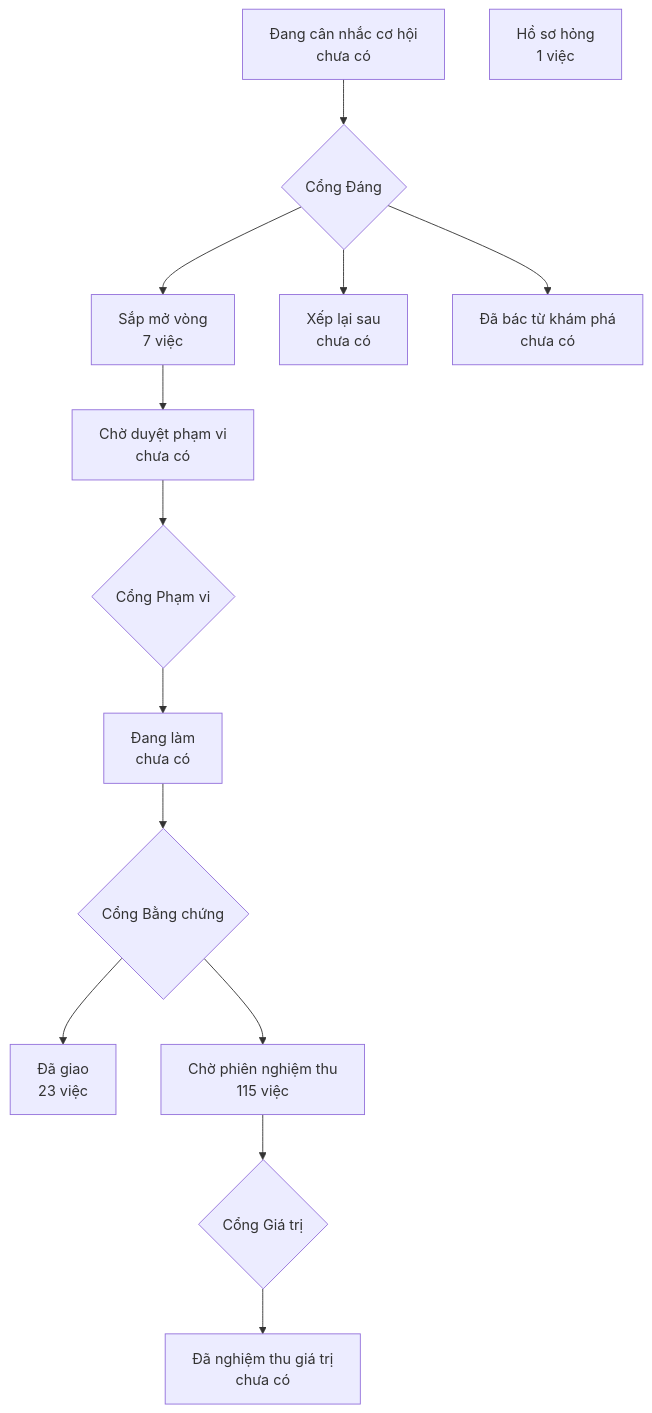
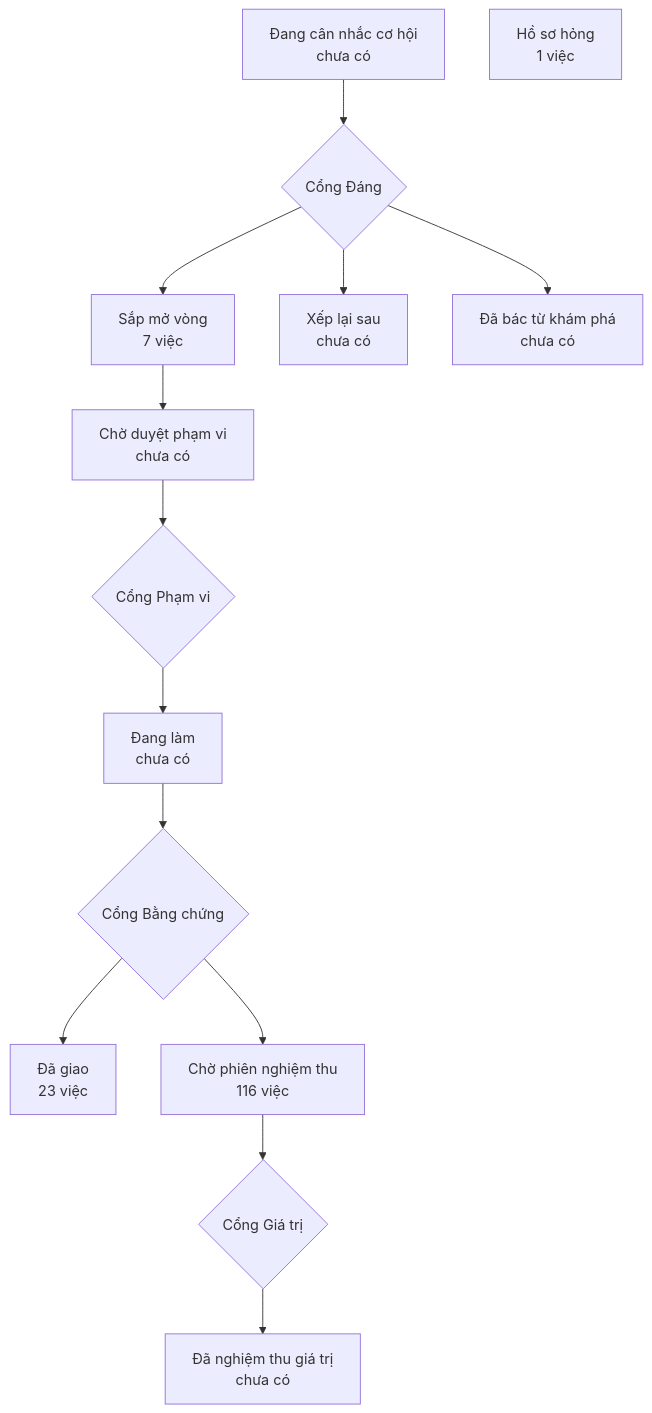
The diagram in PRODUCT-MAP.md (phanlemanh/onehub-quy-hang), drawn with Mermaid before and after one commit. The commit also changed other lines of this file and 1 other file, not shown here.

Commit message:
chore: vẽ lại bản đồ và lộ trình sau gộp main

````diff
--- a/PRODUCT-MAP.md
+++ b/PRODUCT-MAP.md
@@ -7,13 +7,13 @@
 ```mermaid
 flowchart TD
   A["Đang cân nhắc cơ hội<br/>chưa có"] --> GD{"Cổng Đáng"}
   GD --> B["Sắp mở vòng<br/>7 việc"]
   GD --> XL["Xếp lại sau<br/>chưa có"]
   GD --> DB["Đã bác từ khám phá<br/>chưa có"]
   B --> CD["Chờ duyệt phạm vi<br/>chưa có"] --> GP{"Cổng Phạm vi"}
   GP --> DL["Đang làm<br/>chưa có"] --> GB{"Cổng Bằng chứng"}
   GB --> DG["Đã giao<br/>23 việc"]
-  GB --> CN["Chờ phiên nghiệm thu<br/>115 việc"] --> GG{"Cổng Giá trị"}
+  GB --> CN["Chờ phiên nghiệm thu<br/>116 việc"] --> GG{"Cổng Giá trị"}
   GG --> NT["Đã nghiệm thu giá trị<br/>chưa có"]
   HS["Hồ sơ hỏng<br/>1 việc"]
 ```
````
